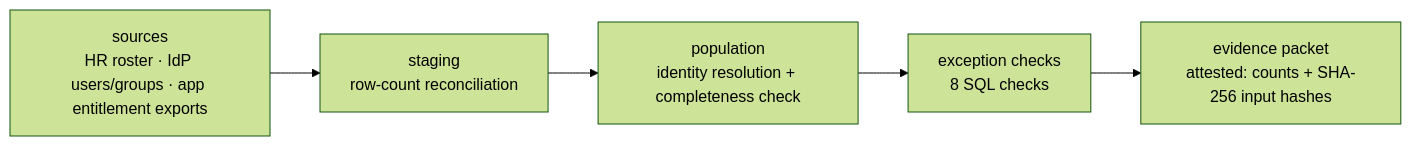
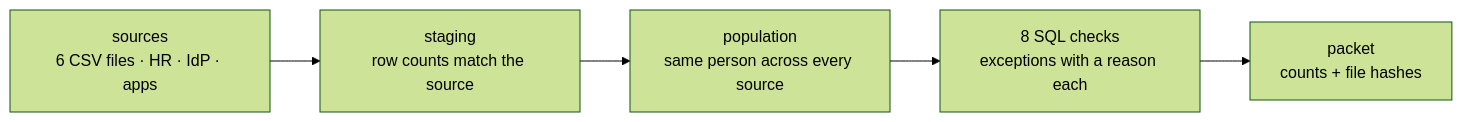
The diagram in README.md (0xBahalaNa/iam-access-review), drawn with Mermaid (forest theme) before and after one commit. The commit also changed other lines of this file, not shown here.

````diff
--- a/README.md
+++ b/README.md
@@ -166,9 +168,9 @@
 ```mermaid
 flowchart LR
-    A["sources<br/>HR roster · IdP users/groups · app entitlement exports"]
-    B["staging<br/>row-count reconciliation"]
-    C["population<br/>identity resolution + completeness check"]
-    D["exception checks<br/>8 SQL checks"]
-    E["evidence packet<br/>attested: counts + SHA-256 input hashes"]
+    A["sources<br/>6 CSV files · HR · IdP · apps"]
+    B["staging<br/>row counts match the source"]
+    C["population<br/>same person across every source"]
+    D["8 SQL checks<br/>exceptions with a reason each"]
+    E["packet<br/>counts + file hashes"]
     A --> B --> C --> D --> E
 ```
````
